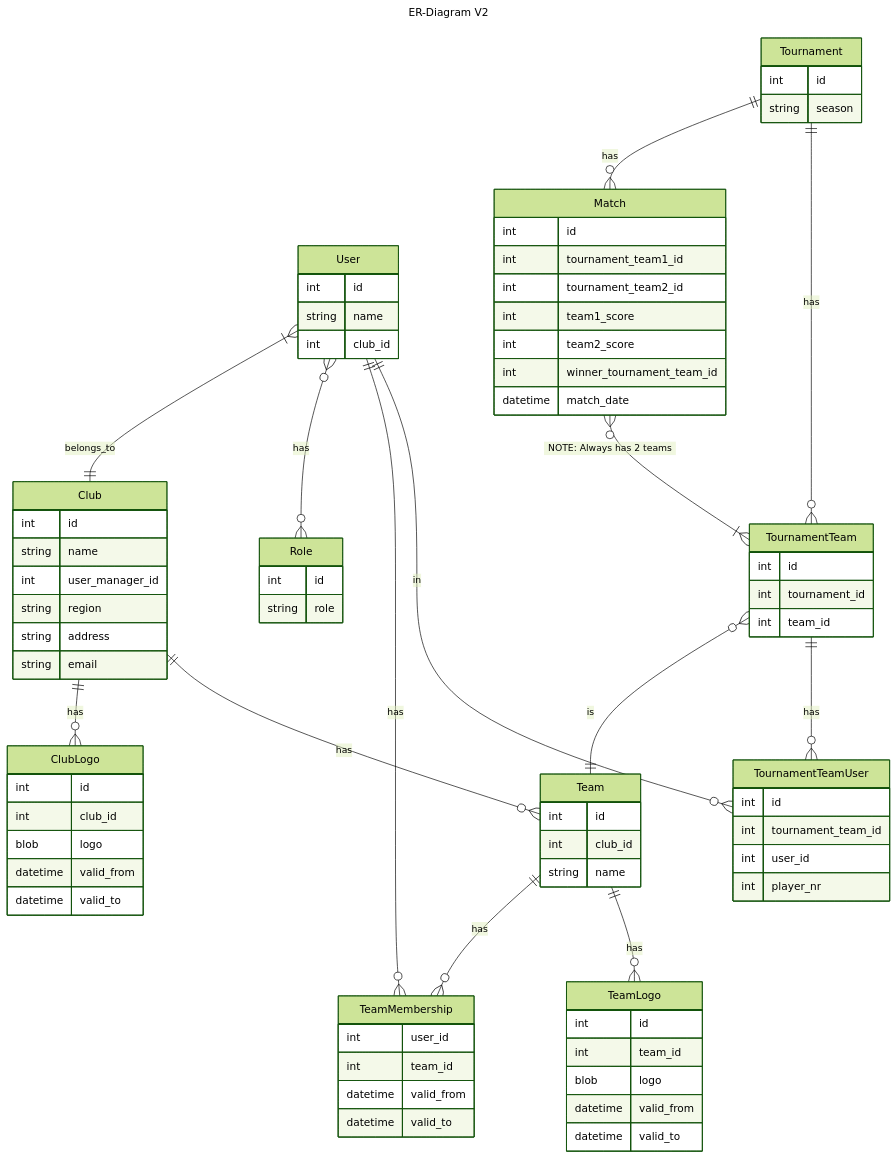
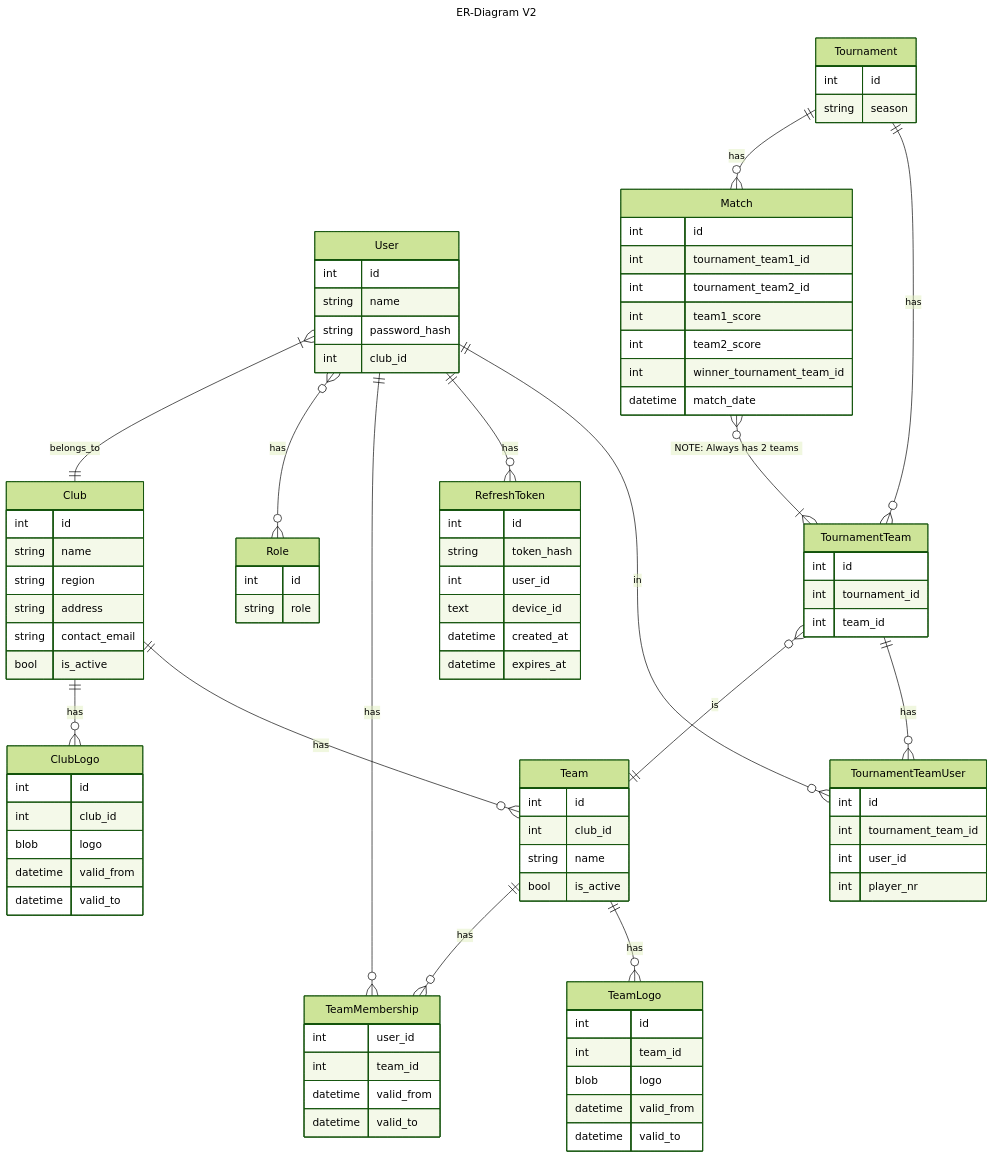
The second of 2 diagrams in backend/README.md (TacoKarl/kpolo), drawn with Mermaid (forest theme) before and after one commit. The commit also changed 41 other files, not shown here.

```diff
--- a/backend/README.md
+++ b/backend/README.md
@@ -97,6 +97,7 @@
     User }|--|| Club : belongs_to
     User }o--o{ Role : has
     User ||--o{ TeamMembership : has
+    User ||--o{ RefreshToken : has
     User || -- o{ TournamentTeamUser : in 
     Club ||--o{ ClubLogo : has
     Club ||--o{ Team : has
@@ -111,7 +112,17 @@
     User {
         int id
         string name
+        string password_hash
         int club_id
+    }
+
+    RefreshToken {
+        int id
+        string token_hash
+        int user_id
+        text device_id
+        datetime created_at
+        datetime expires_at
     }
 
     Role {
@@ -122,10 +133,10 @@
     Club {
         int id
         string name
-        int user_manager_id
         string region
         string address
-        string email
+        string contact_email
+        bool is_active
     }
 
     ClubLogo {
@@ -154,6 +165,7 @@
         int id
         int club_id
         string name
+        bool is_active
     }
 
     TeamLogo {
```
